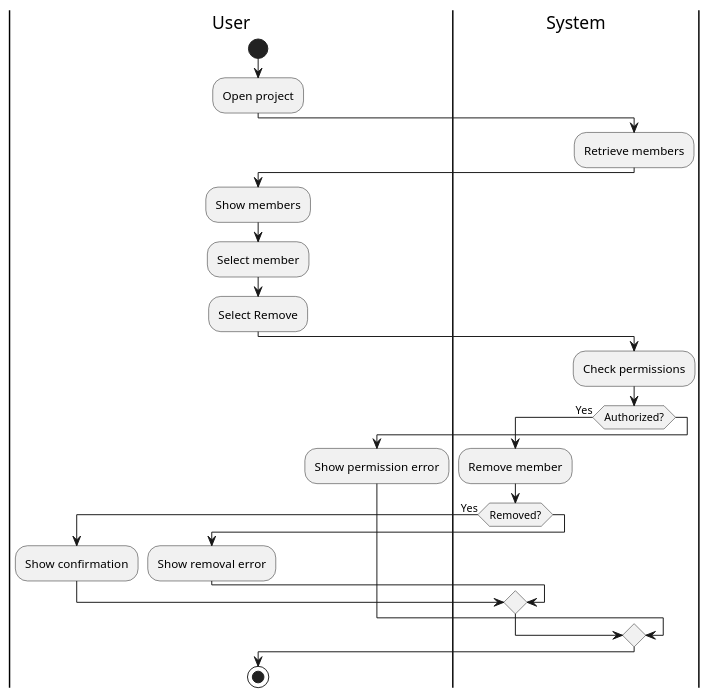
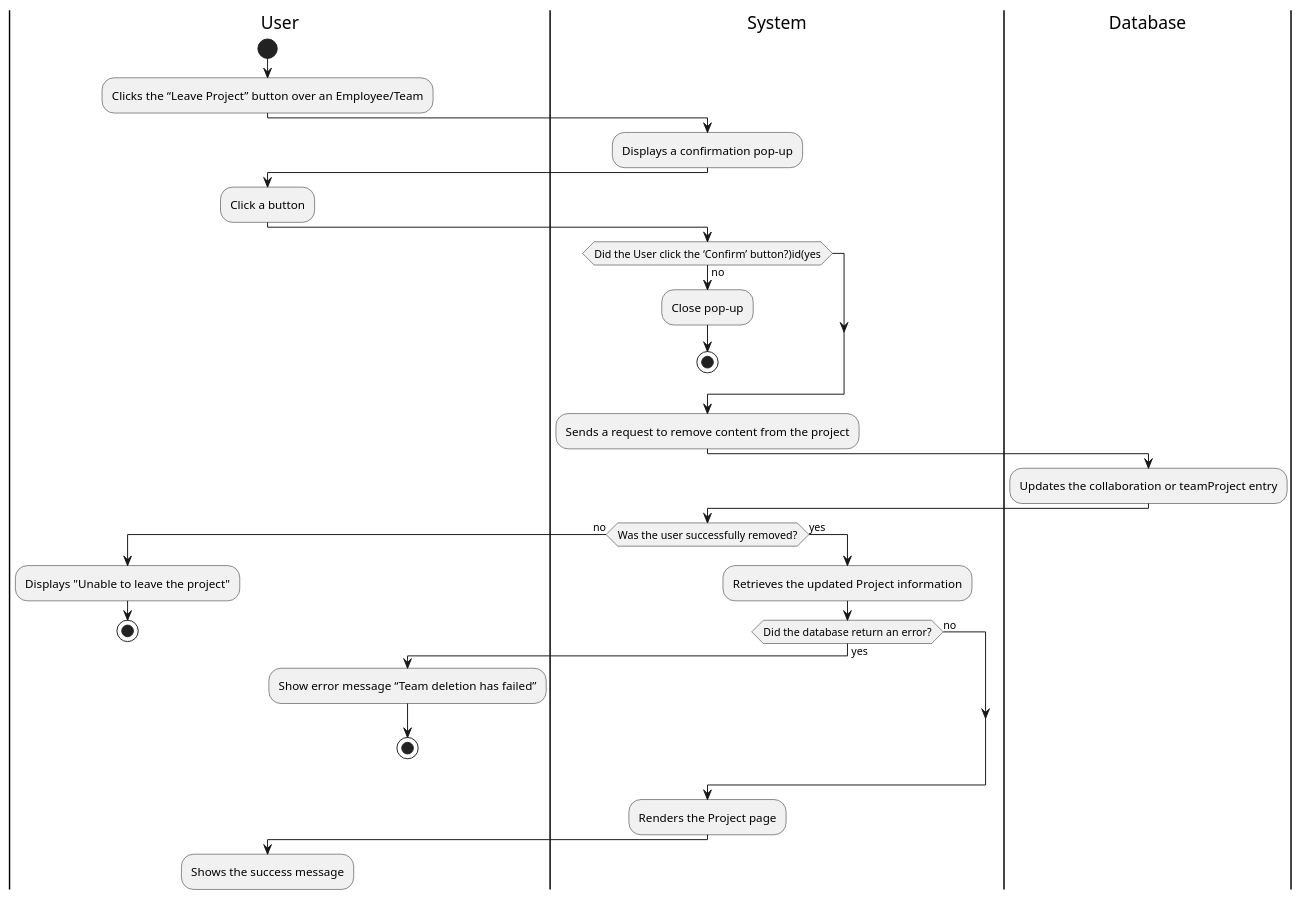
Before and after one commit to Berthou05/LimboSoftwareDevelopment_Change.org: the diagram in documentation/activity_diagrams/PROJ-06-02-ActivityDiagram.puml, drawn with PlantUML. The commit also changed 10 other files, not shown here.

```diff
--- a/documentation/activity_diagrams/PROJ-06-02-ActivityDiagram.puml
+++ b/documentation/activity_diagrams/PROJ-06-02-ActivityDiagram.puml
@@ -1,37 +1,46 @@
 @startuml
 skinparam activityFlowDirection Down
 
 |User|
 start
-:Open project;
+:Clicks the “Leave Project” button over an Employee/Team;
+|System|
+:Displays a confirmation pop-up;
+|User|
+:Click a button;
+|System|
+if(Did the User click the ‘Confirm’ button?)id(yes)then
+
+else(no)
+  |System|
+  :Close pop-up;
+  stop
+endif
 
 |System|
-:Retrieve members;
+:Sends a request to remove content from the project;
+|Database|
+:Updates the collaboration or teamProject entry;
+|System|
+if(Was the user successfully removed?)is(no)then
+  |User|
+  :Displays "Unable to leave the project";
+  stop
 
-|User|
-:Show members;
-:Select member;
-:Select Remove;
+else(yes)
+  |System|
+  :Retrieves the updated Project information;
+  if(Did the database return an error?)is(yes)then
+    |User|
+    :Show error message “Team deletion has failed”;
+    stop
+  else(no)
+  endif
+endif
 
 |System|
-:Check permissions;
+:Renders the Project page;
+|User|
+:Shows the success message;
 
-if (Authorized?) then (Yes)
-
-  :Remove member;
-
-  if (Removed?) then (Yes)
-    |User|
-    :Show confirmation;
-  else
-    |User|
-    :Show removal error;
-  endif
-
-else
-  |User|
-  :Show permission error;
-endif
-
-stop
 @enduml
```
